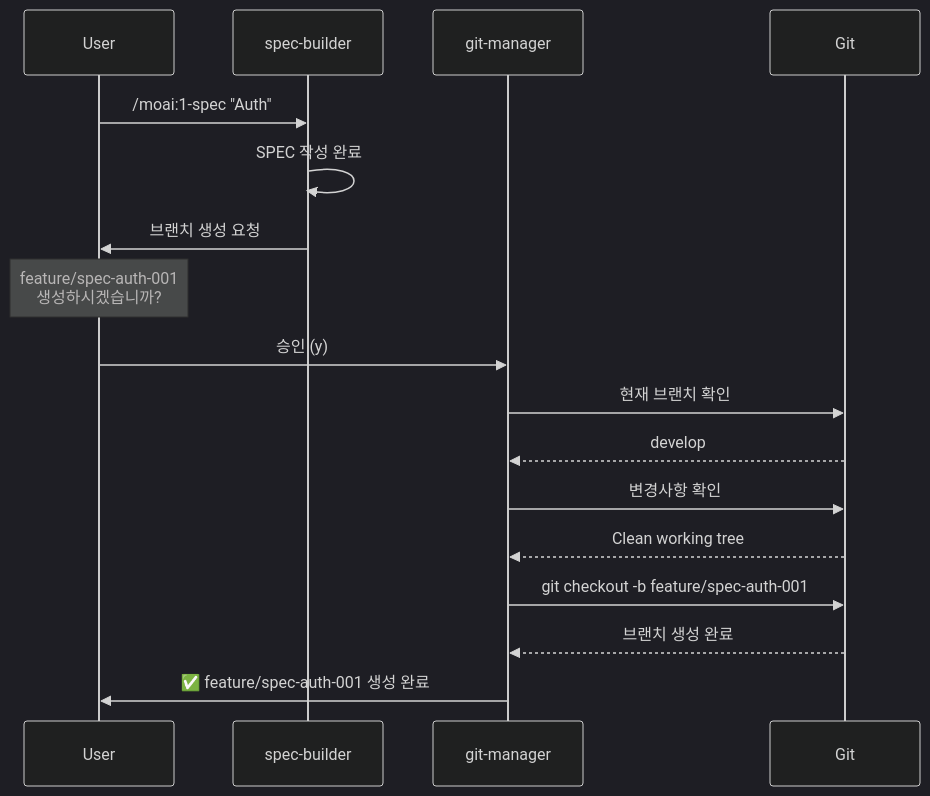
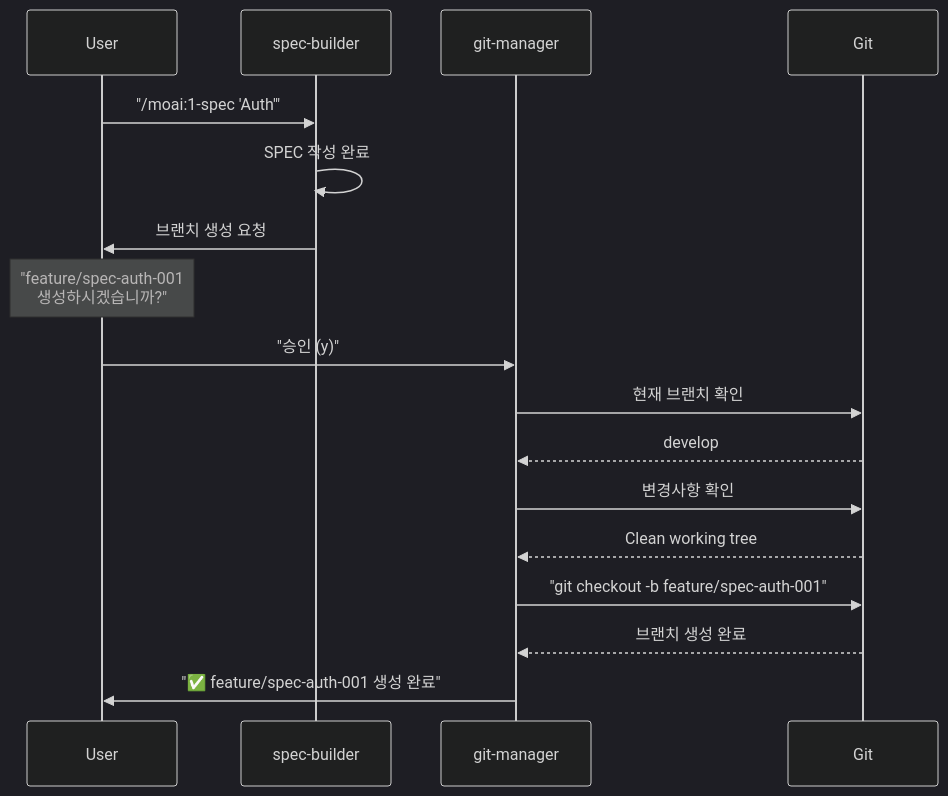
One commit to modu-ai/moai-adk changed the fourth of 6 diagrams in docs/claude/agents/git-manager.md. Above: the diagram before and after it, drawn with Mermaid (dark theme). The commit also changed other lines of this file and 19 other files, not shown here.

First line of the commit message:
🎨 fix: docs 전체 Mermaid 다이어그램 특수문자 오류 수정 (19개 파일)

````diff
--- a/docs/claude/agents/git-manager.md
+++ b/docs/claude/agents/git-manager.md
@@ -180,26 +180,26 @@
 ```mermaid
 sequenceDiagram
     participant User
     participant SB as spec-builder
     participant GM as git-manager
     participant Git
 
-    User->>SB: /moai:1-spec "Auth"
+    User->>SB: "/moai:1-spec 'Auth'"
     SB->>SB: SPEC 작성 완료
 
     SB->>User: 브랜치 생성 요청
-    Note over User: feature/spec-auth-001<br/>생성하시겠습니까?
+    Note over User: "feature/spec-auth-001<br/>생성하시겠습니까?"
 
-    User->>GM: 승인 (y)
+    User->>GM: "승인 (y)"
 
     GM->>Git: 현재 브랜치 확인
     Git-->>GM: develop
 
     GM->>Git: 변경사항 확인
     Git-->>GM: Clean working tree
 
-    GM->>Git: git checkout -b feature/spec-auth-001
+    GM->>Git: "git checkout -b feature/spec-auth-001"
     Git-->>GM: 브랜치 생성 완료
 
-    GM->>User: ✅ feature/spec-auth-001 생성 완료
+    GM->>User: "✅ feature/spec-auth-001 생성 완료"
 ```
````
